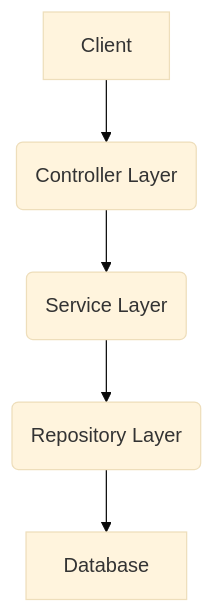
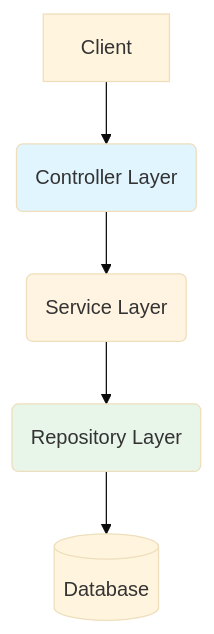
One commit to SSU-webprogramming/estate-server changed the second of 6 diagrams in docs/project-architecture.md. Above: the diagram before and after it, drawn with Mermaid (base theme). The commit also changed other lines of this file and 9 other files, not shown here.

````diff
--- a/docs/project-architecture.md
+++ b/docs/project-architecture.md
@@ -19,7 +205,11 @@
 ```mermaid
 graph TD
     A[Client] --> B(Controller Layer)
     B --> C(Service Layer)
     C --> D(Repository Layer)
-    D --> E[Database]
+    D --> E[(Database)]
+    
+    style B fill:#e1f5ff
+    style C fill:#fff4e1
+    style D fill:#e8f5e9
 ```
````
